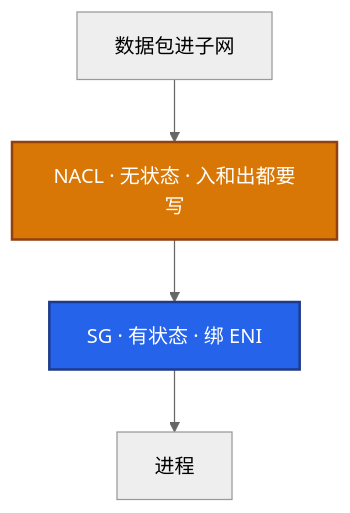
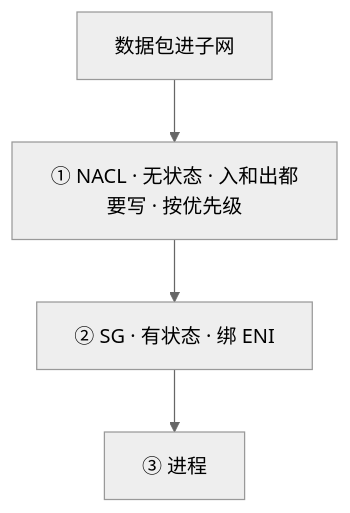
The fourth of 9 diagrams in 06-云平台/01-云网络与安全/练习题.md (ml-cuizijun/LearnToLilith), drawn with Mermaid (neutral theme) before and after one commit. The commit also changed other lines of this file and 470 other files, not shown here.

````diff
--- a/06-云平台/01-云网络与安全/练习题.md
+++ b/06-云平台/01-云网络与安全/练习题.md
@@ -177,10 +159,6 @@
 ```mermaid
 flowchart TB
-    pkt[数据包进子网] --> nacl[NACL · 无状态 · 入和出都要写]
-    nacl --> sg[SG · 有状态 · 绑 ENI]
-    sg --> proc[进程]
-    classDef a fill:#D97706,stroke:#92400E,stroke-width:2px,color:#fff
-    classDef b fill:#2563EB,stroke:#1E3A8A,stroke-width:2px,color:#fff
-    class nacl a
-    class sg b
+    PKT["数据包进子网"] --> NACL["① NACL · 无状态 · 入和出都要写 · 按优先级"]
+    NACL --> SG["② SG · 有状态 · 绑 ENI"]
+    SG --> PROC["③ 进程"]
 ```
````
